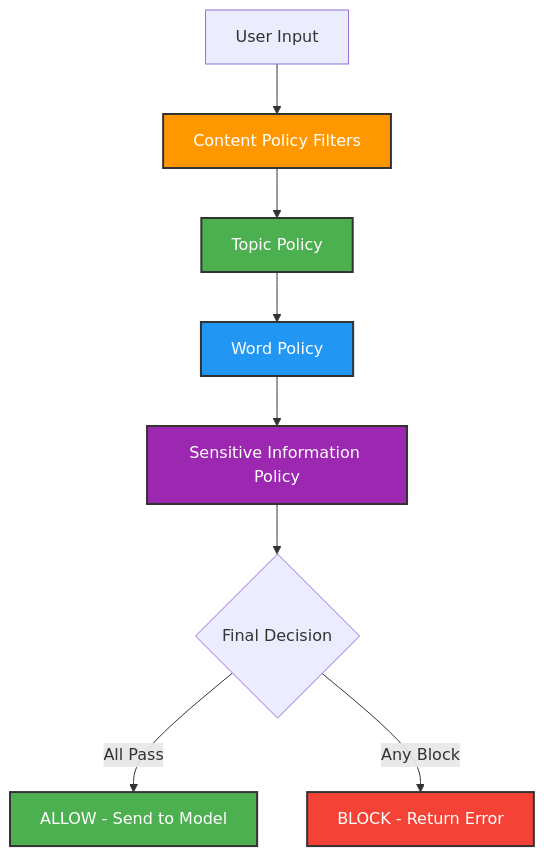
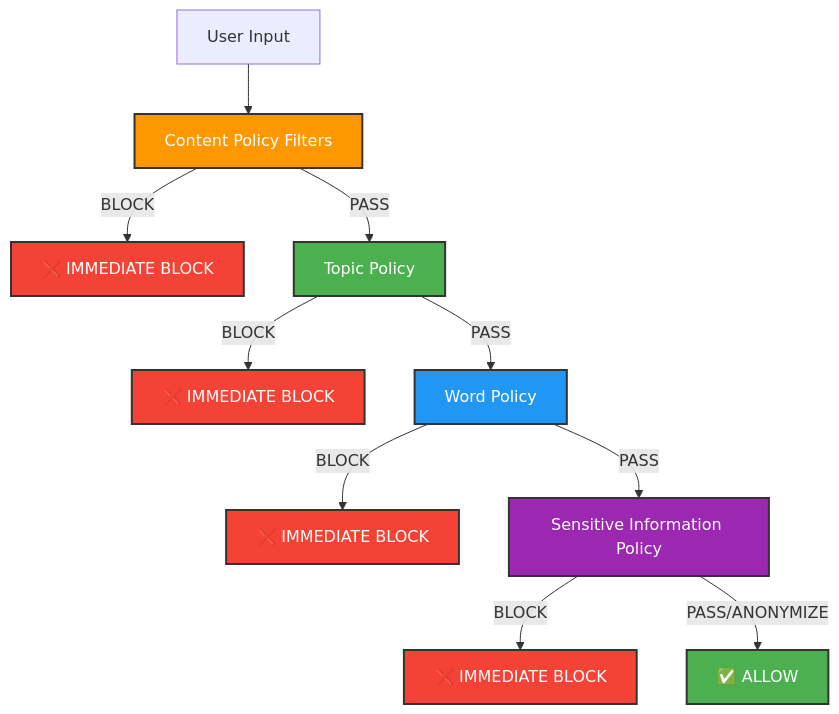
Before and after one commit to hugger-beep/bedrock_guardrail: the diagram in processing.md, drawn with Mermaid. The commit also changed other lines of this file, not shown here.

````diff
--- a/processing.md
+++ b/processing.md
@@ -9,18 +9,22 @@
 ```mermaid
 flowchart TD
     Input[User Input] --> ContentFilter[Content Policy Filters]
-    ContentFilter --> TopicPolicy[Topic Policy]
-    TopicPolicy --> WordPolicy[Word Policy]
-    WordPolicy --> SensitiveInfo[Sensitive Information Policy]
-    SensitiveInfo --> Decision{Final Decision}
-    
-    Decision -->|All Pass| Allow[ALLOW - Send to Model]
-    Decision -->|Any Block| Block[BLOCK - Return Error]
+    ContentFilter -->|BLOCK| Stop1[❌ IMMEDIATE BLOCK]
+    ContentFilter -->|PASS| TopicPolicy[Topic Policy]
+    TopicPolicy -->|BLOCK| Stop2[❌ IMMEDIATE BLOCK]
+    TopicPolicy -->|PASS| WordPolicy[Word Policy]
+    WordPolicy -->|BLOCK| Stop3[❌ IMMEDIATE BLOCK]
+    WordPolicy -->|PASS| SensitiveInfo[Sensitive Information Policy]
+    SensitiveInfo -->|BLOCK| Stop4[❌ IMMEDIATE BLOCK]
+    SensitiveInfo -->|PASS/ANONYMIZE| Allow[✅ ALLOW]
     
     style ContentFilter fill:#FF9800,stroke:#333,stroke-width:2px,color:#fff
     style TopicPolicy fill:#4CAF50,stroke:#333,stroke-width:2px,color:#fff
     style WordPolicy fill:#2196F3,stroke:#333,stroke-width:2px,color:#fff
     style SensitiveInfo fill:#9C27B0,stroke:#333,stroke-width:2px,color:#fff
-    style Block fill:#F44336,stroke:#333,stroke-width:2px,color:#fff
+    style Stop1 fill:#F44336,stroke:#333,stroke-width:2px,color:#fff
+    style Stop2 fill:#F44336,stroke:#333,stroke-width:2px,color:#fff
+    style Stop3 fill:#F44336,stroke:#333,stroke-width:2px,color:#fff
+    style Stop4 fill:#F44336,stroke:#333,stroke-width:2px,color:#fff
     style Allow fill:#4CAF50,stroke:#333,stroke-width:2px,color:#fff
 ```
````
